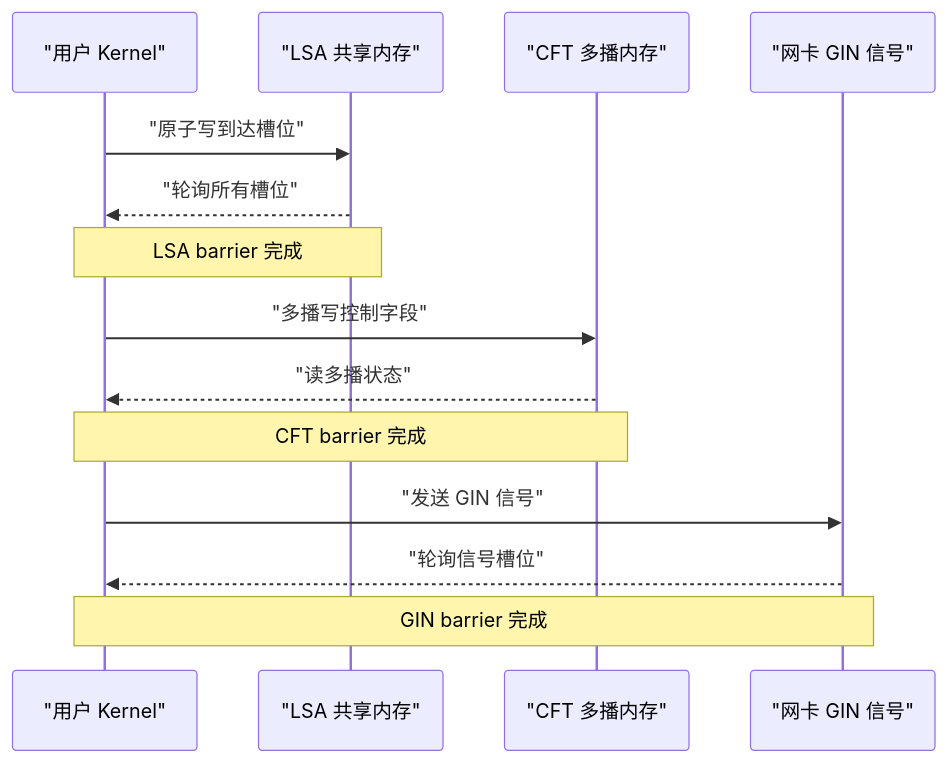
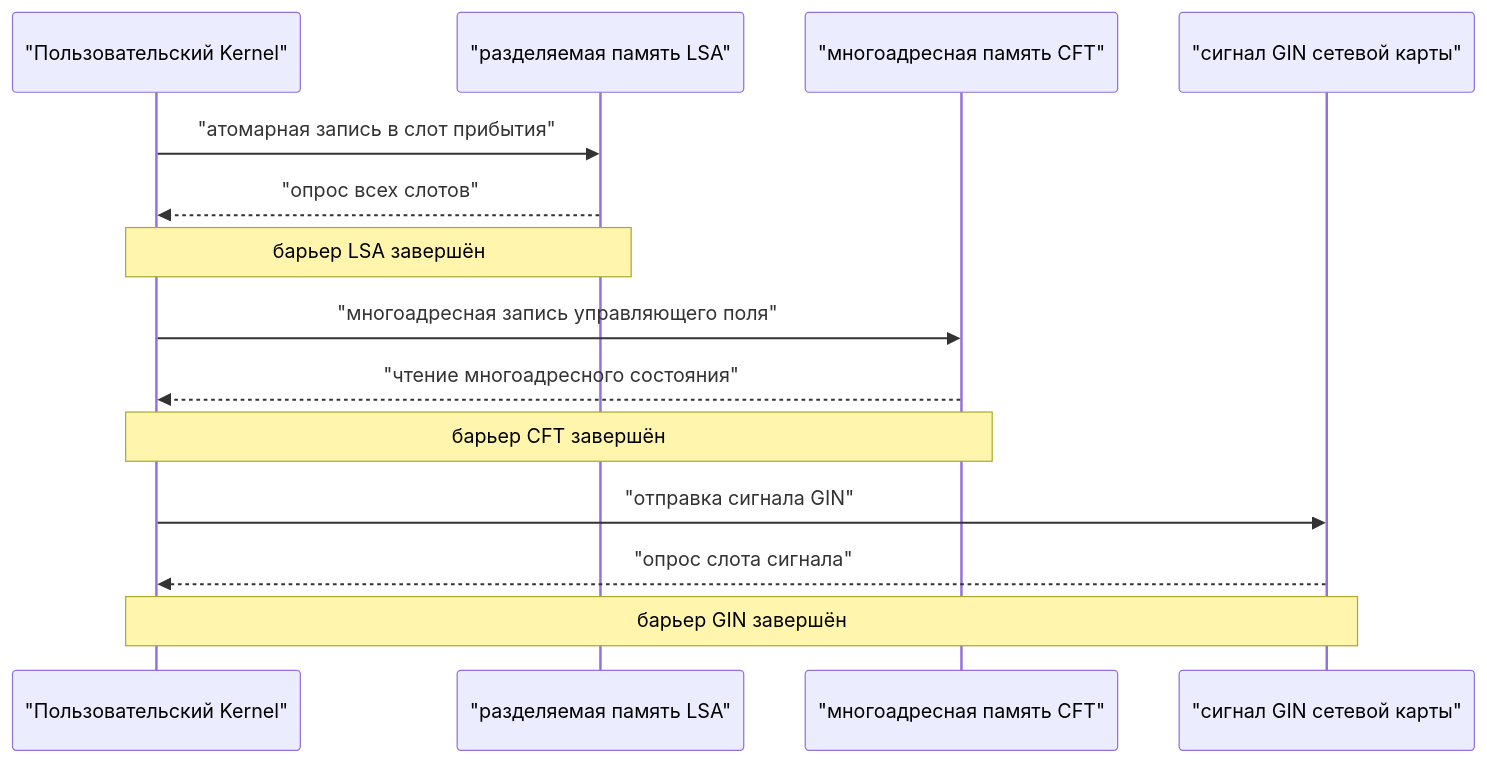
Before and after one commit to maleRjc/AiReadCodeBooks: the third of 5 diagrams in books/nccl/ru/20-device-api-and-kernel-fusion.md, drawn with Mermaid. The commit also changed other lines of this file and 74 other files, not shown here.

````diff
--- a/books/nccl/ru/20-device-api-and-kernel-fusion.md
+++ b/books/nccl/ru/20-device-api-and-kernel-fusion.md
@@ -184,16 +186,16 @@
 ```mermaid
 sequenceDiagram
-    participant K as "用户 Kernel"
-    participant LSA as "LSA 共享内存"
-    participant CFT as "CFT 多播内存"
-    participant NIC as "网卡 GIN 信号"
-    K->>LSA: "原子写到达槽位"
-    LSA-->>K: "轮询所有槽位"
-    Note over K,LSA: LSA barrier 完成
-    K->>CFT: "多播写控制字段"
-    CFT-->>K: "读多播状态"
-    Note over K,CFT: CFT barrier 完成
-    K->>NIC: "发送 GIN 信号"
-    NIC-->>K: "轮询信号槽位"
-    Note over K,NIC: GIN barrier 完成
+    participant K as "Пользовательский Kernel"
+    participant LSA as "разделяемая память LSA"
+    participant CFT as "многоадресная память CFT"
+    participant NIC as "сигнал GIN сетевой карты"
+    K->>LSA: "атомарная запись в слот прибытия"
+    LSA-->>K: "опрос всех слотов"
+    Note over K,LSA: барьер LSA завершён
+    K->>CFT: "многоадресная запись управляющего поля"
+    CFT-->>K: "чтение многоадресного состояния"
+    Note over K,CFT: барьер CFT завершён
+    K->>NIC: "отправка сигнала GIN"
+    NIC-->>K: "опрос слота сигнала"
+    Note over K,NIC: барьер GIN завершён
 ```
````
